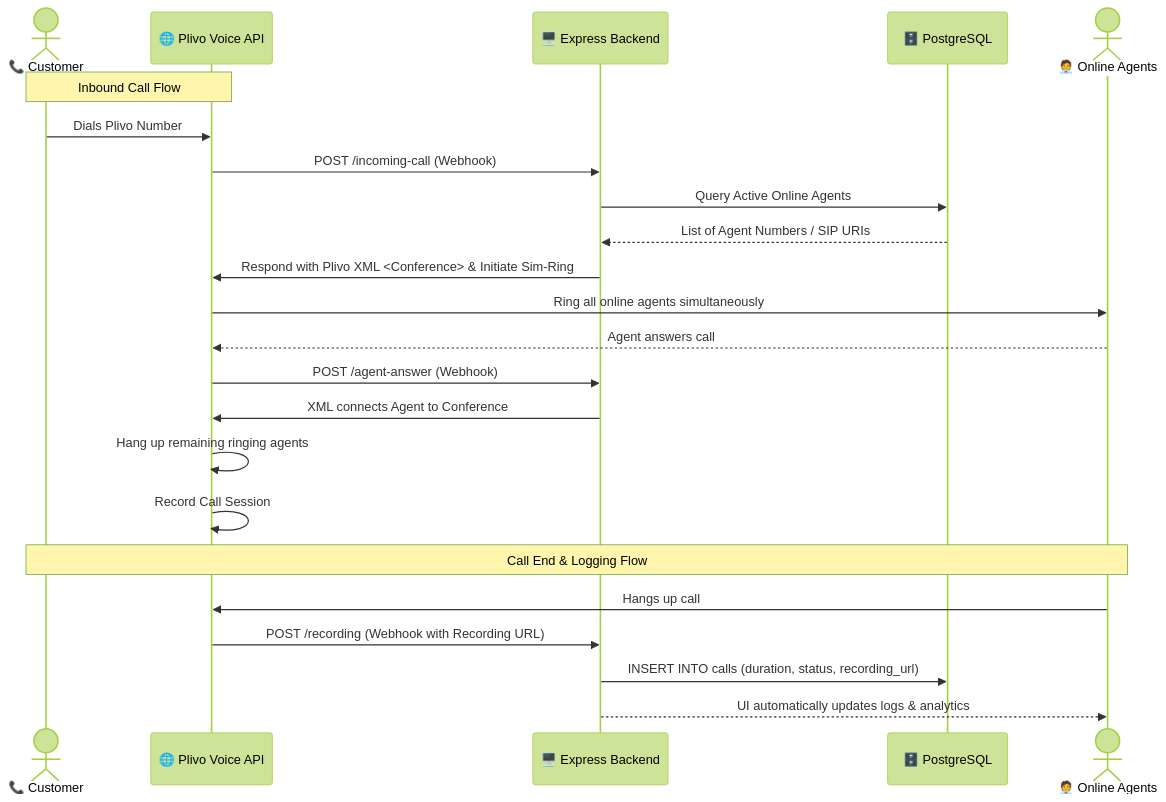
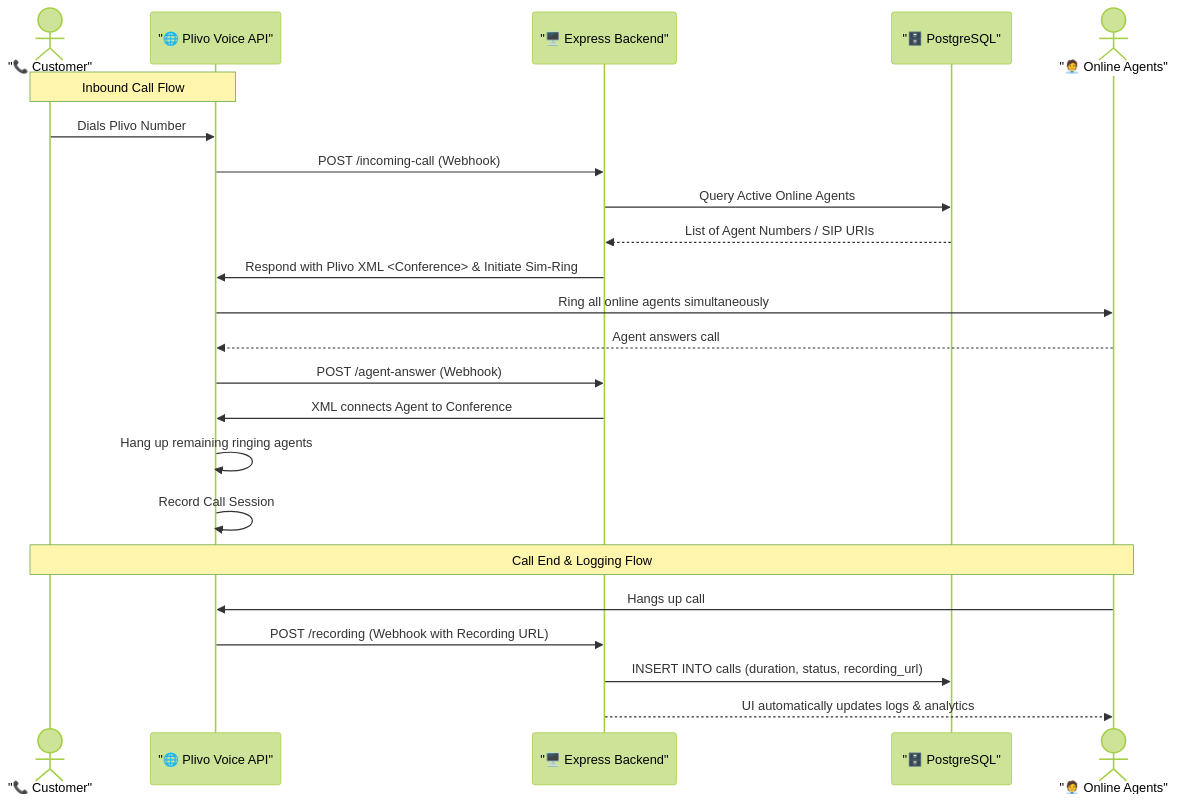
The diagram in README.md (Kaushikrudra/plivo-server), drawn with Mermaid (forest theme) before and after one commit.

Commit message:
fix: wrap Mermaid participant labels in double quotes

````diff
--- a/README.md
+++ b/README.md
@@ -11,29 +11,29 @@
 ```mermaid
 sequenceDiagram
-    actor Customer as 📞 Customer
-    participant Plivo as 🌐 Plivo Voice API
-    participant Server as 🖥️ Express Backend
-    participant DB as 🗄️ PostgreSQL
-    actor Agent as 🧑‍💼 Online Agents
+    actor Customer as "📞 Customer"
+    participant Plivo as "🌐 Plivo Voice API"
+    participant Server as "🖥️ Express Backend"
+    participant DB as "🗄️ PostgreSQL"
+    actor Agent as "🧑‍💼 Online Agents"
 
     %% Inbound Call Flow
     note over Customer, Plivo: Inbound Call Flow
     Customer ->> Plivo: Dials Plivo Number
     Plivo ->> Server: POST /incoming-call (Webhook)
     Server ->> DB: Query Active Online Agents
     DB -->> Server: List of Agent Numbers / SIP URIs
     Server ->> Plivo: Respond with Plivo XML <Conference> & Initiate Sim-Ring
     Plivo ->> Agent: Ring all online agents simultaneously
     Agent -->> Plivo: Agent answers call
     Plivo ->> Server: POST /agent-answer (Webhook)
     Server ->> Plivo: XML connects Agent to Conference
     Plivo ->> Plivo: Hang up remaining ringing agents
     Plivo ->> Plivo: Record Call Session
 
     %% Hangup & Log Flow
     note over Customer, Agent: Call End & Logging Flow
     Agent ->> Plivo: Hangs up call
     Plivo ->> Server: POST /recording (Webhook with Recording URL)
     Server ->> DB: INSERT INTO calls (duration, status, recording_url)
     Server -->> Agent: UI automatically updates logs & analytics
 ```
````
